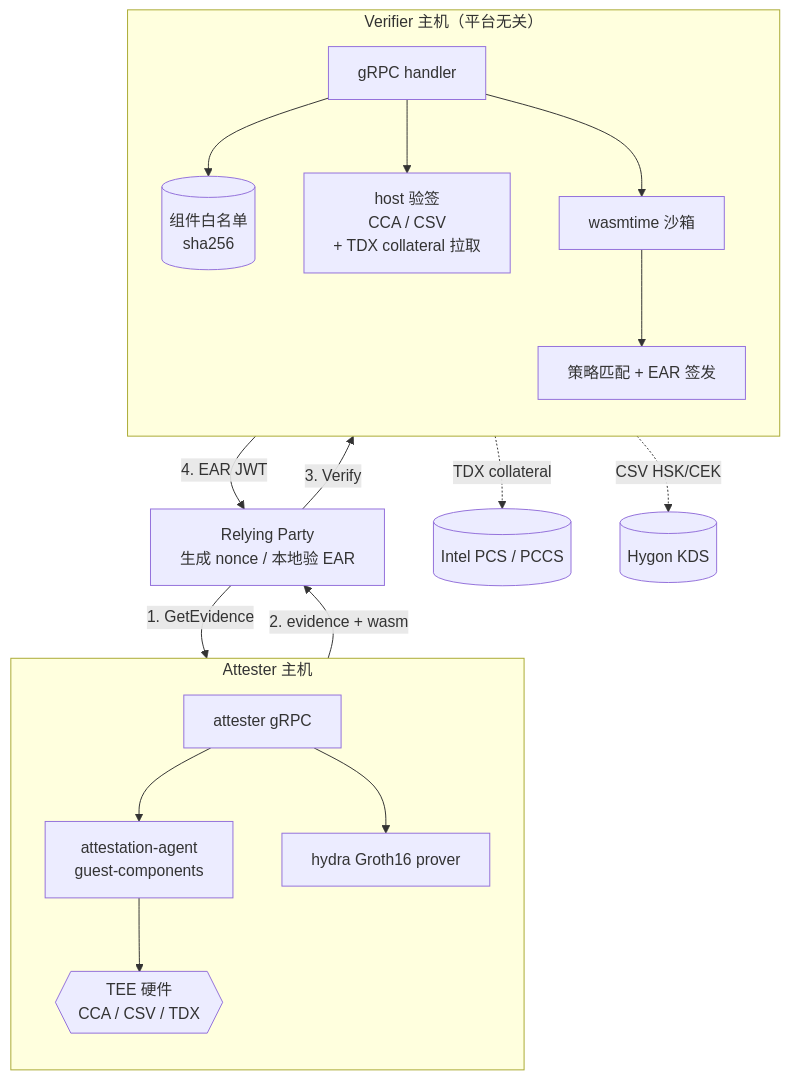
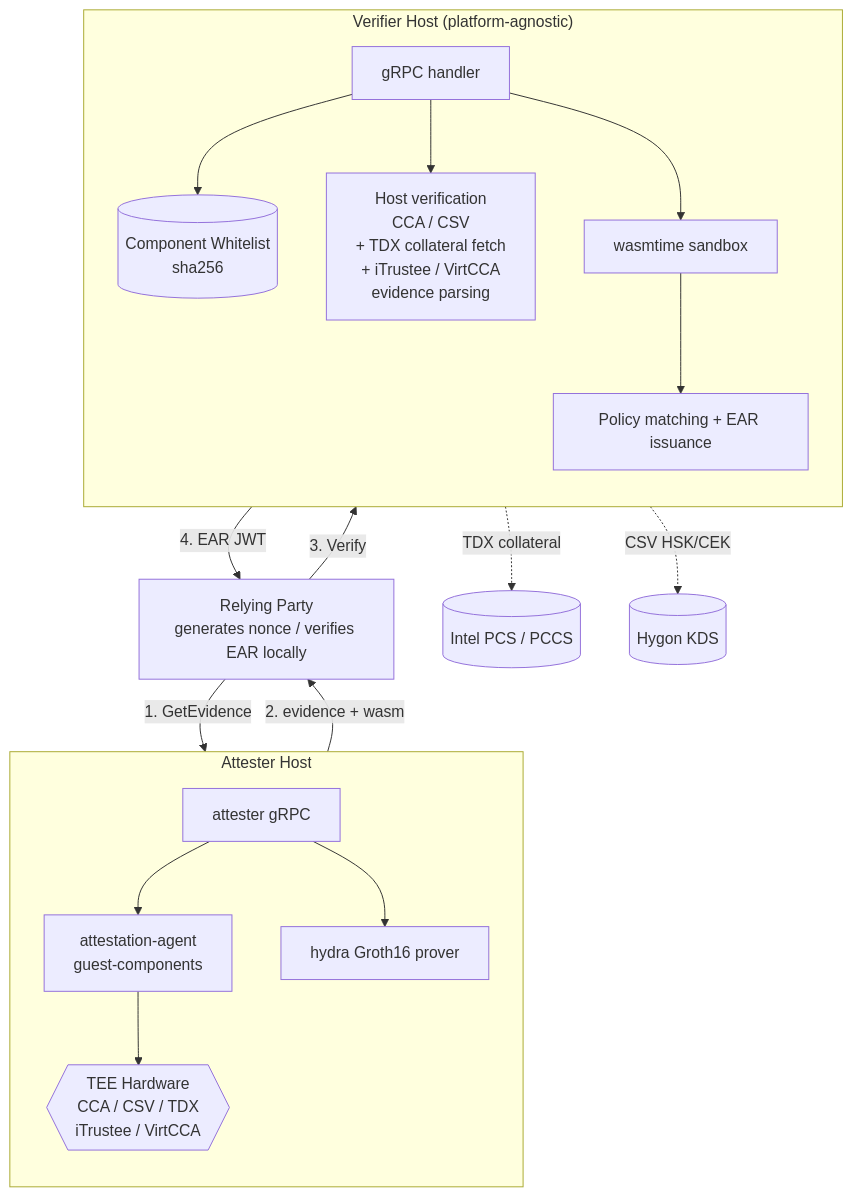
The second of 2 diagrams in README.md (Zoneshiyi/unified-attestation), drawn with Mermaid before and after one commit. The commit also changed other lines of this file and 17 other files, not shown here.

````diff
--- a/README.md
+++ b/README.md
@@ -146,36 +124,36 @@
 ```mermaid
 flowchart TB
-    RP["Relying Party<br/>生成 nonce / 本地验 EAR"]
+    RP["Relying Party<br/>generates nonce / verifies EAR locally"]
 
-    subgraph Attester["Attester 主机"]
+    subgraph Attester["Attester Host"]
         direction TB
         A_Svc[attester gRPC]
         A_AA[attestation-agent<br/>guest-components]
-        A_TEE{{TEE 硬件<br/>CCA / CSV / TDX}}
+        A_TEE{{TEE Hardware<br/>CCA / CSV / TDX<br/>iTrustee / VirtCCA}}
         A_ZK[hydra Groth16 prover]
         A_Svc --> A_AA --> A_TEE
         A_Svc --> A_ZK
     end
 
-    subgraph Verifier["Verifier 主机（平台无关）"]
+    subgraph Verifier["Verifier Host (platform-agnostic)"]
         direction TB
         V_Svc[gRPC handler]
-        V_Reg[(组件白名单<br/>sha256)]
-        V_Host[host 验签<br/>CCA / CSV<br/>+ TDX collateral 拉取]
-        V_WT[wasmtime 沙箱]
-        V_Pol[策略匹配 + EAR 签发]
+        V_Reg[(Component Whitelist<br/>sha256)]
+        V_Host[Host verification<br/>CCA / CSV<br/>+ TDX collateral fetch<br/>+ iTrustee / VirtCCA<br/>evidence parsing]
+        V_WT[wasmtime sandbox]
+        V_Pol[Policy matching + EAR issuance]
         V_Svc --> V_Reg
         V_Svc --> V_Host
         V_Svc --> V_WT --> V_Pol
     end
 
     PCS[(Intel PCS / PCCS)]
     KDS[(Hygon KDS)]
 
     RP -- "1. GetEvidence" --> A_Svc
     A_Svc -- "2. evidence + wasm" --> RP
     RP -- "3. Verify" --> V_Svc
     V_Host -. "TDX collateral" .-> PCS
     V_Host -. "CSV HSK/CEK" .-> KDS
     V_Pol -- "4. EAR JWT" --> RP
 ```
````
